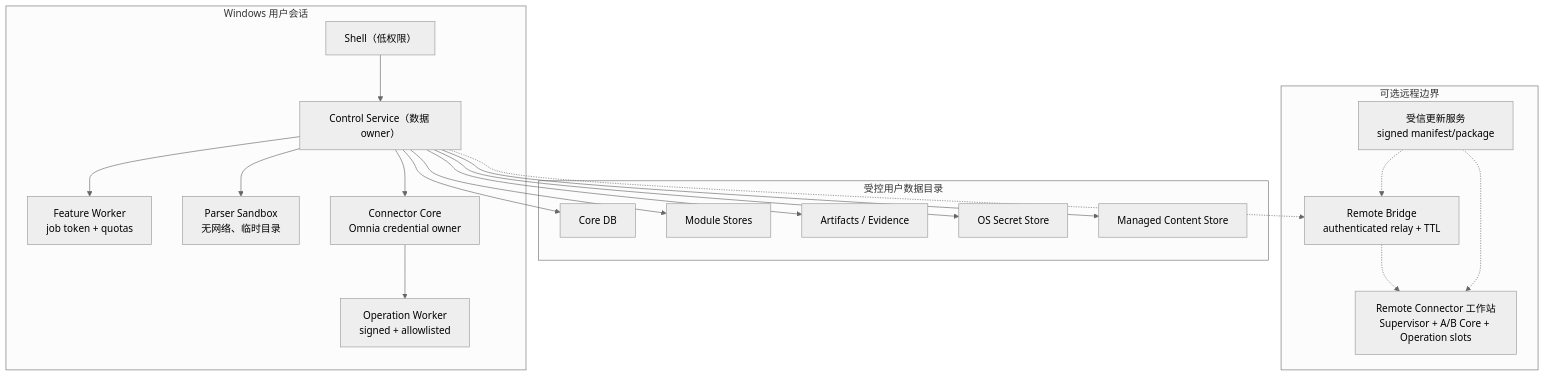
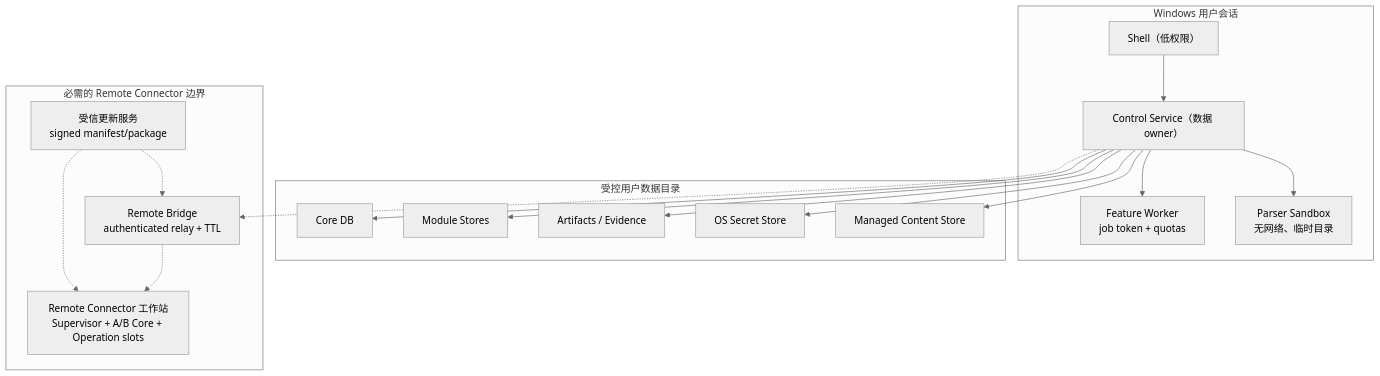
The fifth of 7 diagrams in docs/architecture/SYSTEM_ARCHITECTURE.md (coAtlus0916/omnia-agent-v2), drawn with Mermaid (neutral theme) before and after one commit. The commit also changed other lines of this file and 101 other files, not shown here.

Commit message:
feat: make Omnia Agent v5 Remote-only

````diff
--- a/docs/architecture/SYSTEM_ARCHITECTURE.md
+++ b/docs/architecture/SYSTEM_ARCHITECTURE.md
@@ -186,38 +188,34 @@
 ```mermaid
 flowchart TB
     subgraph UserSession["Windows 用户会话"]
         SH["Shell（低权限）"]
         CP["Control Service（数据 owner）"]
         F1["Feature Worker<br/>job token + quotas"]
         PS["Parser Sandbox<br/>无网络、临时目录"]
-        CN["Connector Core<br/>Omnia credential owner"]
-        OP["Operation Worker<br/>signed + allowlisted"]
     end
     subgraph LocalData["受控用户数据目录"]
         D1["Core DB"]
         D2["Module Stores"]
         D3["Artifacts / Evidence"]
         D4["OS Secret Store"]
         D5["Managed Content Store"]
     end
-    subgraph Optional["可选远程边界"]
+    subgraph RemoteBoundary["必需的 Remote Connector 边界"]
         BR["Remote Bridge<br/>authenticated relay + TTL"]
         RC["Remote Connector 工作站<br/>Supervisor + A/B Core + Operation slots"]
         UP["受信更新服务<br/>signed manifest/package"]
     end
 
     SH --> CP
     CP --> F1
     CP --> PS
     CP --> D1
     CP --> D2
     CP --> D3
     CP --> D4
     CP --> D5
-    CP --> CN
-    CN --> OP
     CP -.-> BR
     BR -.-> RC
     UP -.-> BR
     UP -.-> RC
 ```
````
